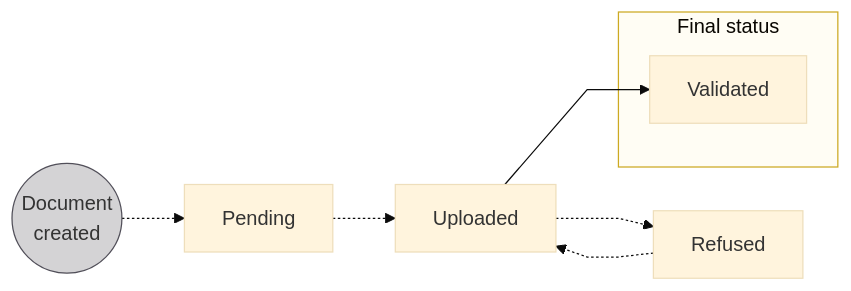
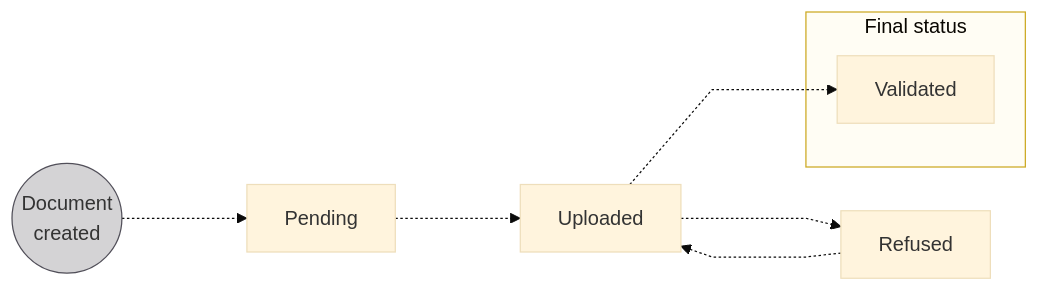
Before and after one commit to swan-io/docs: the second of 4 diagrams in docs/topics/capital-deposits/index.mdx, drawn with Mermaid (base theme). The commit also changed other lines of this file, not shown here.

````diff
--- a/docs/topics/capital-deposits/index.mdx
+++ b/docs/topics/capital-deposits/index.mdx
@@ -169,14 +169,14 @@
 ```mermaid
 %%{ init: { 'flowchart': { 'curve': 'linear' } } }%%
 flowchart LR
-    DC((Document<br/>created)) -.-> P[Pending]
-    P -.-> U[Uploaded]
-    U -.-> RF[Refused]
-    RF -.-> U
-    U --> V[Validated]
+    DC((Document<br/>created)) -..-> P[Pending]
+    P -..-> U[Uploaded]
+    U -..-> RF[Refused]
+    RF -..-> U
+    U -..-> V[Validated]
     subgraph F[Final status]
         V
     end
     style DC fill:#D4D3D5,stroke:#514F59
     style F fill:#fffdf4,stroke:#cca922
 ```
````
